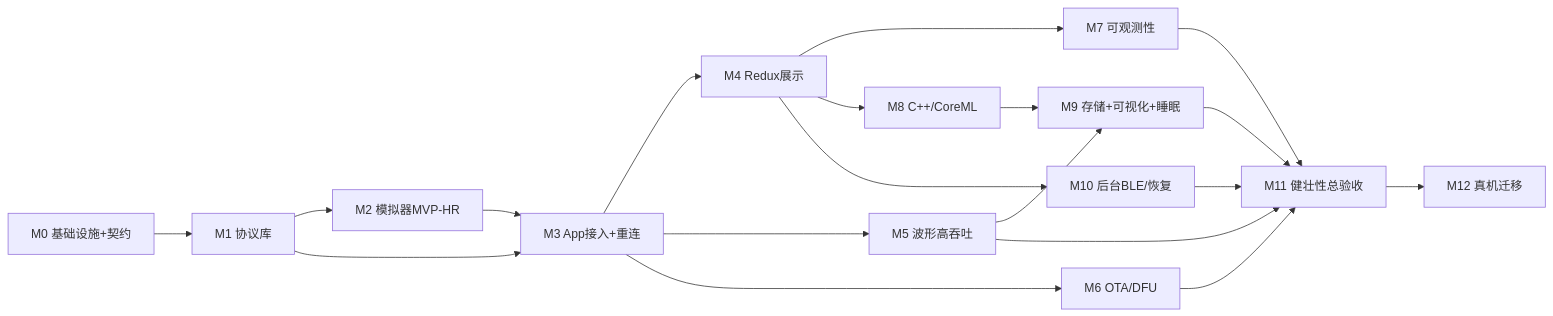
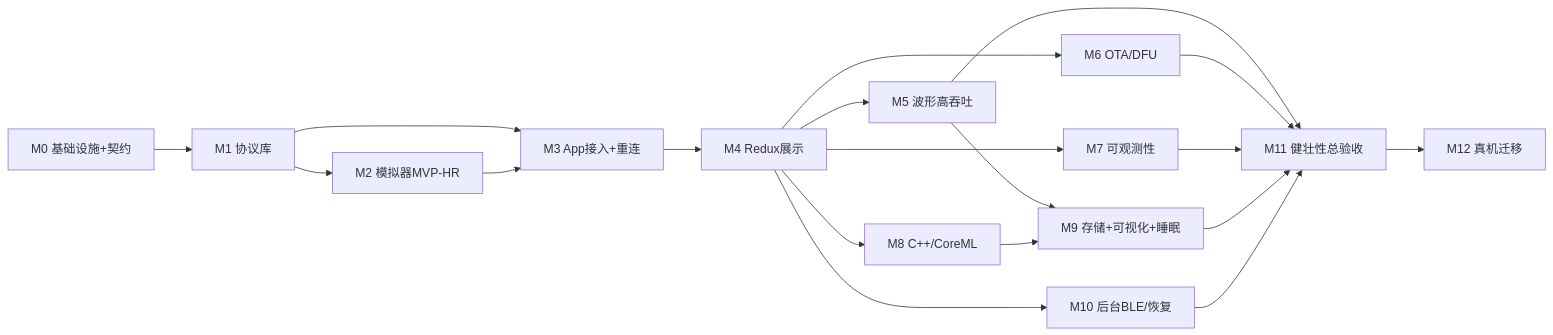
One commit to tangzzz-fan/HRSense changed the diagram in docs/11-delivery-plan.md. Above: the diagram before and after it, drawn with Mermaid. The commit also changed other lines of this file and 8 other files, not shown here.

````diff
--- a/docs/11-delivery-plan.md
+++ b/docs/11-delivery-plan.md
@@ -18,21 +18,21 @@
 ```mermaid
 graph LR
     M0[M0 基础设施+契约] --> M1[M1 协议库]
     M1 --> M2[M2 模拟器MVP-HR]
     M1 --> M3[M3 App接入+重连]
     M2 --> M3
     M3 --> M4[M4 Redux展示]
-    M3 --> M5[M5 波形高吞吐]
-    M3 --> M6[M6 OTA/DFU]
+    M4 --> M5[M5 波形高吞吐]
+    M4 --> M6[M6 OTA/DFU]
     M4 --> M7[M7 可观测性]
     M4 --> M8[M8 C++/CoreML]
     M5 --> M9[M9 存储+可视化+睡眠]
     M8 --> M9
     M4 --> M10[M10 后台BLE/恢复]
     M5 --> M11[M11 健壮性总验收]
     M6 --> M11
     M7 --> M11
     M9 --> M11
     M10 --> M11
     M11 --> M12[M12 真机迁移]
 ```
````
